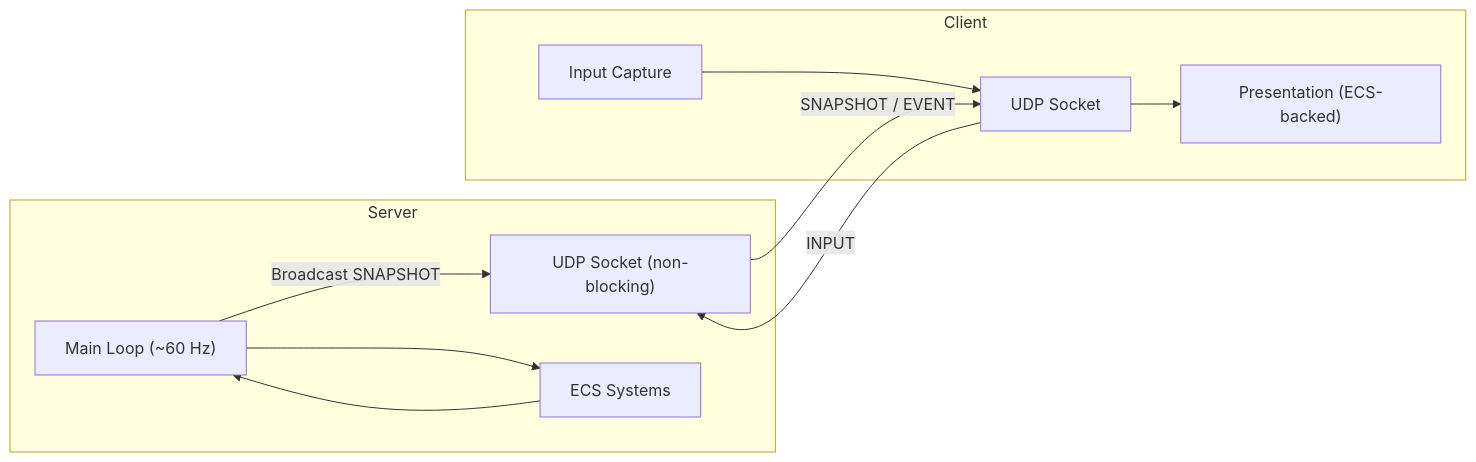
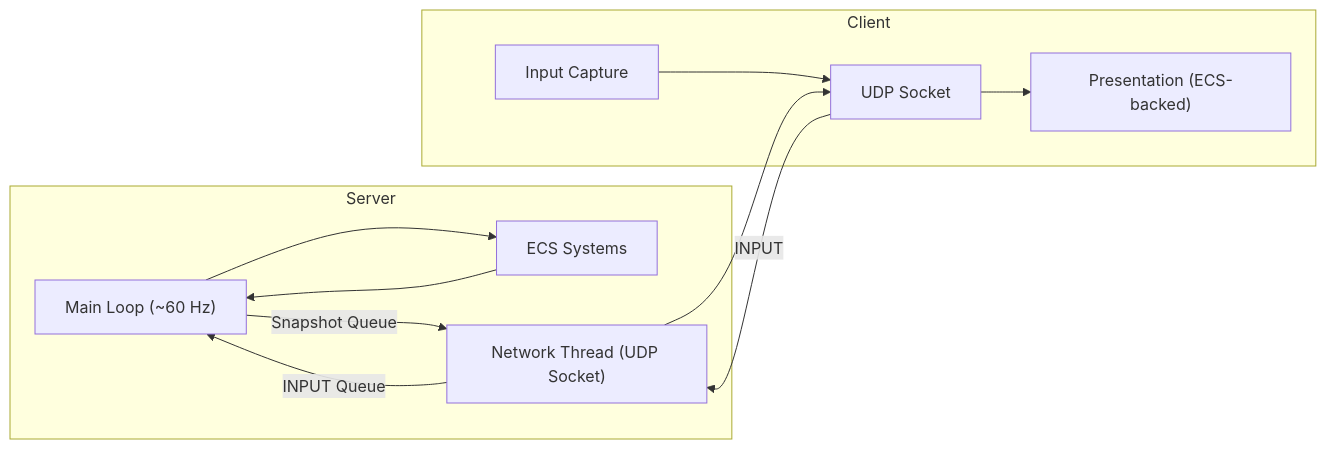
The first of 2 diagrams in docs/architecture/ARCHITECTURE.md (raphael-guer1n/R-type-mirror), drawn with Mermaid before and after one commit. The commit also changed other lines of this file and 19 other files, not shown here.

````diff
--- a/docs/architecture/ARCHITECTURE.md
+++ b/docs/architecture/ARCHITECTURE.md
@@ -7,25 +7,26 @@
 ```mermaid
 flowchart LR
   %% --- SERVER SIDE ---
   subgraph Server
     Loop["Main Loop (~60 Hz)"]
-    NetS["UDP Socket (non-blocking)"]
     ECS["ECS Systems"]
+    NetS["Network Thread (UDP Socket)"]
   end
 
   %% --- CLIENT SIDE ---
   subgraph Client
     Input["Input Capture"]
     NetC["UDP Socket"]
     View["Presentation (ECS-backed)"]
   end
 
   %% --- CONNECTIONS ---
   Input --> NetC
   NetC -->|"INPUT"| NetS
-  NetS -->|"SNAPSHOT / EVENT"| NetC
+  NetS -->|"INPUT Queue"| Loop
   Loop --> ECS
   ECS --> Loop
-  Loop -->|"Broadcast SNAPSHOT"| NetS
+  Loop -->|"Snapshot Queue"| NetS
+  NetS --> NetC
   NetC --> View
 ```
````
